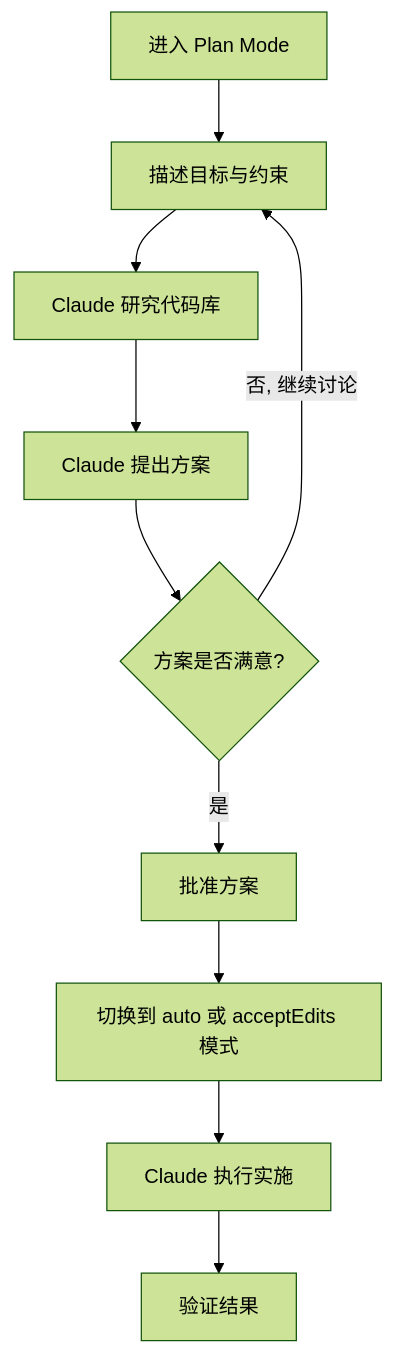
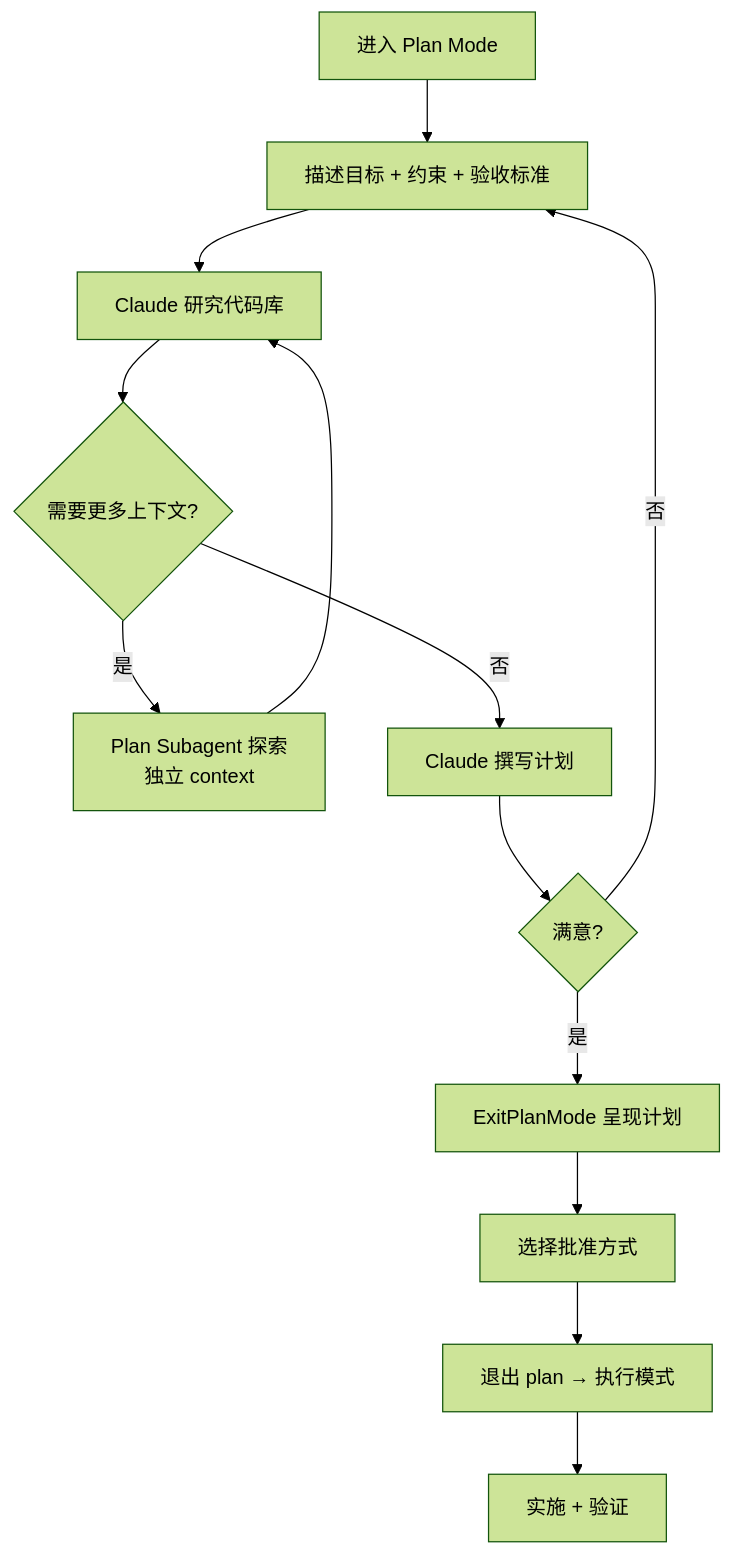
One commit to is-molly/molly changed the diagram in src/AI/Agent/ClaudeCode/第8章 PlanMode.md. Above: the diagram before and after it, drawn with Mermaid (forest theme). The commit also changed other lines of this file and 29 other files, not shown here.

````diff
--- a/src/AI/Agent/ClaudeCode/第8章 PlanMode.md
+++ b/src/AI/Agent/ClaudeCode/第8章 PlanMode.md
@@ -42,12 +35,15 @@
 ```mermaid
 graph TD
-    A[进入 Plan Mode] --> B[描述目标与约束]
+    A[进入 Plan Mode] --> B[描述目标 + 约束 + 验收标准]
     B --> C[Claude 研究代码库]
-    C --> D[Claude 提出方案]
-    D --> E{方案是否满意?}
-    E -->|否, 继续讨论| B
-    E -->|是| F[批准方案]
-    F --> G[切换到 auto 或 acceptEdits 模式]
-    G --> H[Claude 执行实施]
-    H --> I[验证结果]
+    C --> D{需要更多上下文?}
+    D -->|是| E[Plan Subagent 探索<br/>独立 context]
+    E --> C
+    D -->|否| F[Claude 撰写计划]
+    F --> G{满意?}
+    G -->|否| B
+    G -->|是| H[ExitPlanMode 呈现计划]
+    H --> I[选择批准方式]
+    I --> J[退出 plan → 执行模式]
+    J --> K[实施 + 验证]
 ```
````
